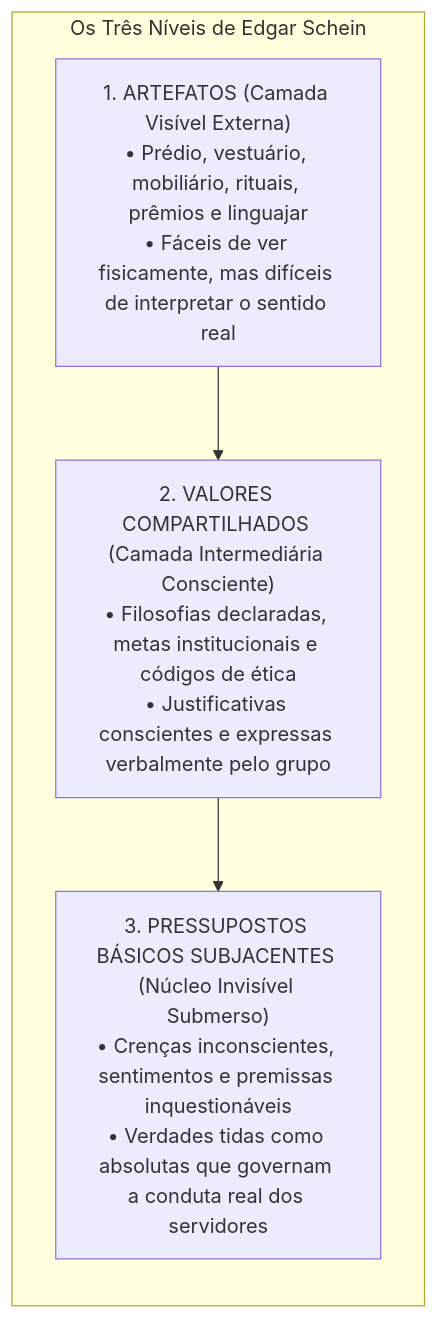
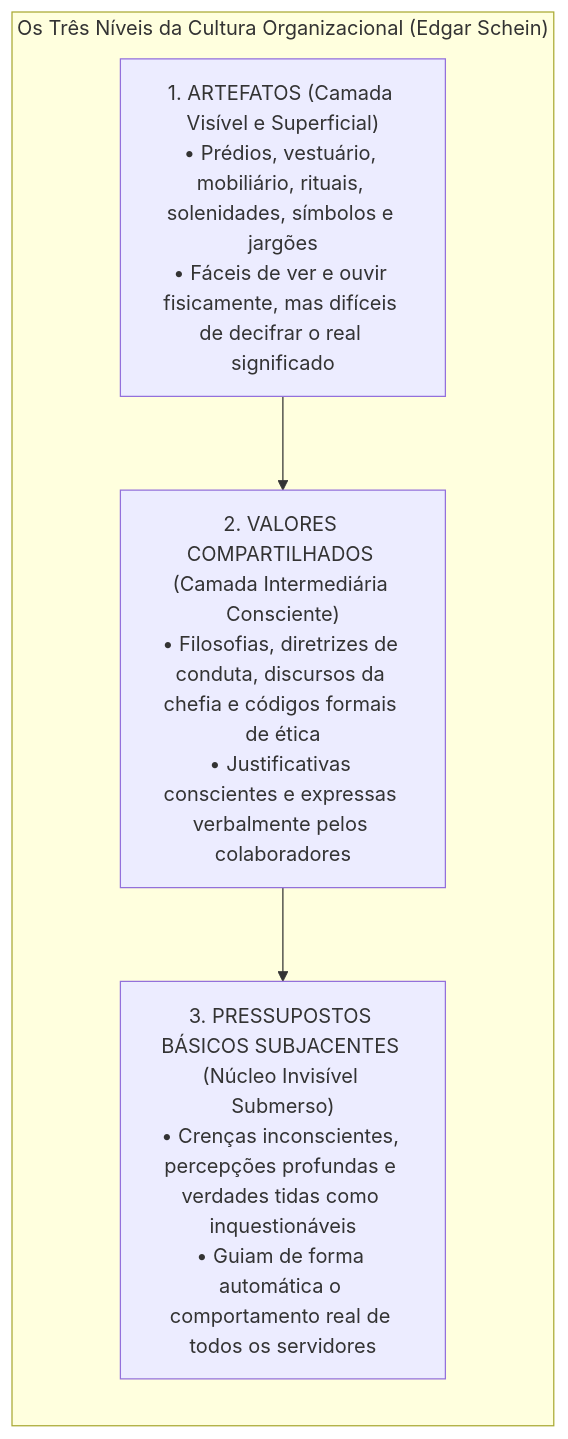
Before and after one commit to thiagosantos346/TCE-GO-2027: the fourth of 6 diagrams in fontes_de_estudo/conhecimentos_especificos_a01_tecnico_administrativo/24_comportamento_organizacional/03_conflito_negociacao_cultura_clima_e_desenvolvimento_organizacional.md, drawn with Mermaid. The commit also changed other lines of this file and 119 other files, not shown here.

````diff
--- a/fontes_de_estudo/conhecimentos_especificos_a01_tecnico_administrativo/24_comportamento_organizacional/03_conflito_negociacao_cultura_clima_e_desenvolvimento_organizacional.md
+++ b/fontes_de_estudo/conhecimentos_especificos_a01_tecnico_administrativo/24_comportamento_organizacional/03_conflito_negociacao_cultura_clima_e_desenvolvimento_organizacional.md
@@ -140,13 +117,13 @@
 ```mermaid
 flowchart TD
-    subgraph Iceberg_Cultura ["Os Três Níveis de Edgar Schein"]
+    subgraph Iceberg_Cultura ["Os Três Níveis da Cultura Organizacional (Edgar Schein)"]
         direction TB
-        Art["1. ARTEFATOS (Camada Visível Externa)<br/>• Prédio, vestuário, mobiliário, rituais, prêmios e linguajar<br/>• Fáceis de ver fisicamente, mas difíceis de interpretar o sentido real"]
+        Art["1. ARTEFATOS (Camada Visível e Superficial)<br/>• Prédios, vestuário, mobiliário, rituais, solenidades, símbolos e jargões<br/>• Fáceis de ver e ouvir fisicamente, mas difíceis de decifrar o real significado"]
         
-        Val["2. VALORES COMPARTILHADOS (Camada Intermediária Consciente)<br/>• Filosofias declaradas, metas institucionais e códigos de ética<br/>• Justificativas conscientes e expressas verbalmente pelo grupo"]
+        Val["2. VALORES COMPARTILHADOS (Camada Intermediária Consciente)<br/>• Filosofias, diretrizes de conduta, discursos da chefia e códigos formais de ética<br/>• Justificativas conscientes e expressas verbalmente pelos colaboradores"]
         
-        Pres["3. PRESSUPOSTOS BÁSICOS SUBJACENTES (Núcleo Invisível Submerso)<br/>• Crenças inconscientes, sentimentos e premissas inquestionáveis<br/>• Verdades tidas como absolutas que governam a conduta real dos servidores"]
+        Pres["3. PRESSUPOSTOS BÁSICOS SUBJACENTES (Núcleo Invisível Submerso)<br/>• Crenças inconscientes, percepções profundas e verdades tidas como inquestionáveis<br/>• Guiam de forma automática o comportamento real de todos os servidores"]
     end
 
     Art --> Val --> Pres
 ```
````
